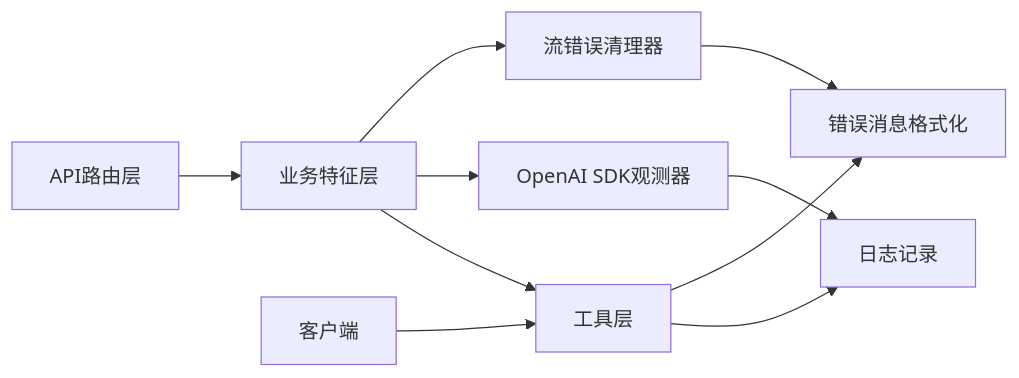
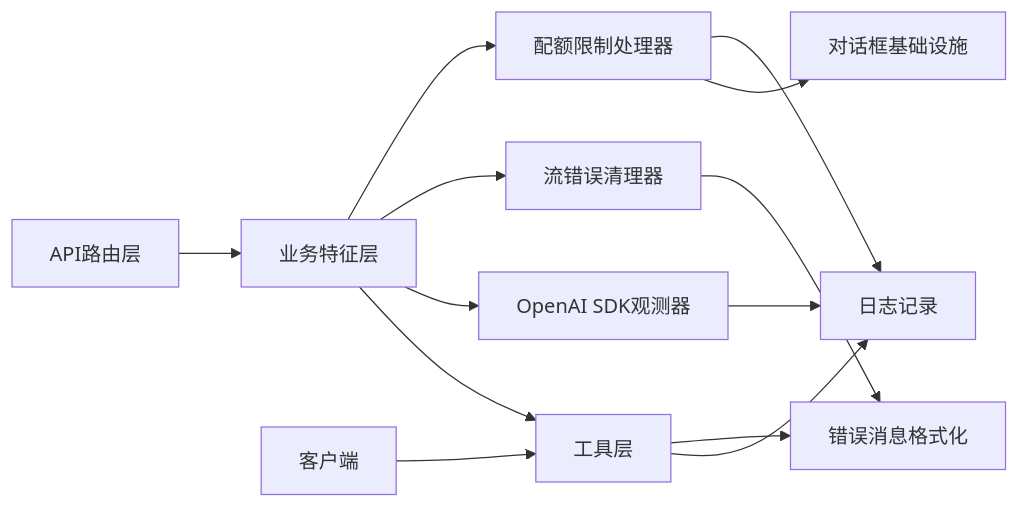
Before and after one commit to scottcwy/PurpleInk: the third of 3 diagrams in .qoder/repowiki/zh/content/API参考/错误处理.md, drawn with Mermaid. The commit also changed other lines of this file and 48 other files, not shown here.

````diff
--- a/.qoder/repowiki/zh/content/API参考/错误处理.md
+++ b/.qoder/repowiki/zh/content/API参考/错误处理.md
@@ -293,12 +329,15 @@
 ```mermaid
 graph LR
 Route["API路由层"] --> Feature["业务特征层"]
 Feature --> Tool["工具层"]
 Client["客户端"] --> Tool
 Tool --> Log["日志记录"]
 Tool --> Format["错误消息格式化"]
 Feature --> SDKObserver["OpenAI SDK观测器"]
 Feature --> StreamCleaner["流错误清理器"]
+Feature --> QuotaHandler["配额限制处理器"]
+QuotaHandler --> Dialog["对话框基础设施"]
 SDKObserver --> Log
 StreamCleaner --> Format
+QuotaHandler --> Log
 ```
````
